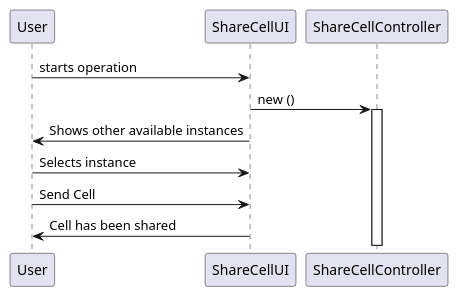
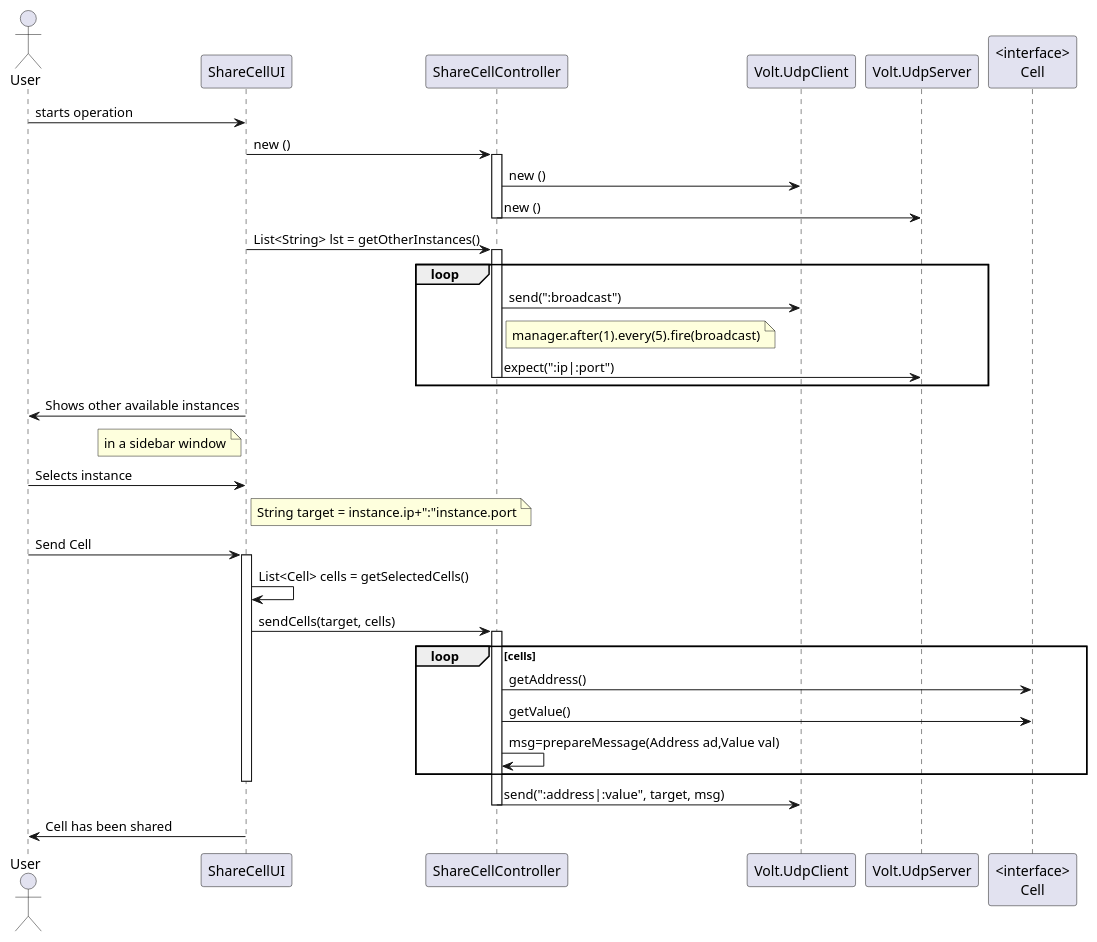
One commit to RubenTeixeira/cleansheets_isep_2dg_2016 changed the diagram in src/main/java/csheets/worklog/n1140364/sprint1/ipc01_01_design.puml. Above: the diagram before and after it, drawn with PlantUML. The commit also changed 4 other files, not shown here.

```diff
--- a/src/main/java/csheets/worklog/n1140364/sprint1/ipc01_01_design.puml
+++ b/src/main/java/csheets/worklog/n1140364/sprint1/ipc01_01_design.puml
@@ -1,15 +1,47 @@
 @startuml doc-files/ipc01_01_design.png
 
-User->ShareCellUI: starts operation
-ShareCellUI->ShareCellController: new ()
-activate ShareCellController
+actor User 
+participant "ShareCellUI" as UI
+participant "ShareCellController" as Controller
+participant "Volt.UdpClient" as UdpClient
+participant "Volt.UdpServer" as UdpServer
+participant "<interface>\nCell" as Cell
 
-ShareCellUI->User: Shows other available instances
+User->UI: starts operation
+UI->Controller: new ()
 
-User->ShareCellUI: Selects instance
+activate Controller
+Controller->UdpClient: new ()
+Controller->UdpServer: new ()
+deactivate Controller
 
-User->ShareCellUI: Send Cell
+UI->Controller: List<String> lst = getOtherInstances()
+loop
+activate Controller
+Controller->UdpClient: send(":broadcast")
+note right of Controller: manager.after(1).every(5).fire(broadcast)
+Controller->UdpServer: expect(":ip|:port")
+deactivate Controller
+end
 
-ShareCellUI->User: Cell has been shared
+UI->User: Shows other available instances
+note left of UI: in a sidebar window
+User->UI: Selects instance
+note right of UI: String target = instance.ip+":"instance.port
+User->UI: Send Cell
+
+activate UI
+UI->UI: List<Cell> cells = getSelectedCells()
+UI->Controller: sendCells(target, cells)
+activate Controller
+loop cells
+Controller->Cell: getAddress()
+Controller->Cell: getValue()
+Controller->Controller:msg=prepareMessage(Address ad,Value val)
+end
+deactivate UI
+Controller->UdpClient: send(":address|:value", target, msg)
+deactivate Controller
+UI->User: Cell has been shared
 
 @enduml
```
